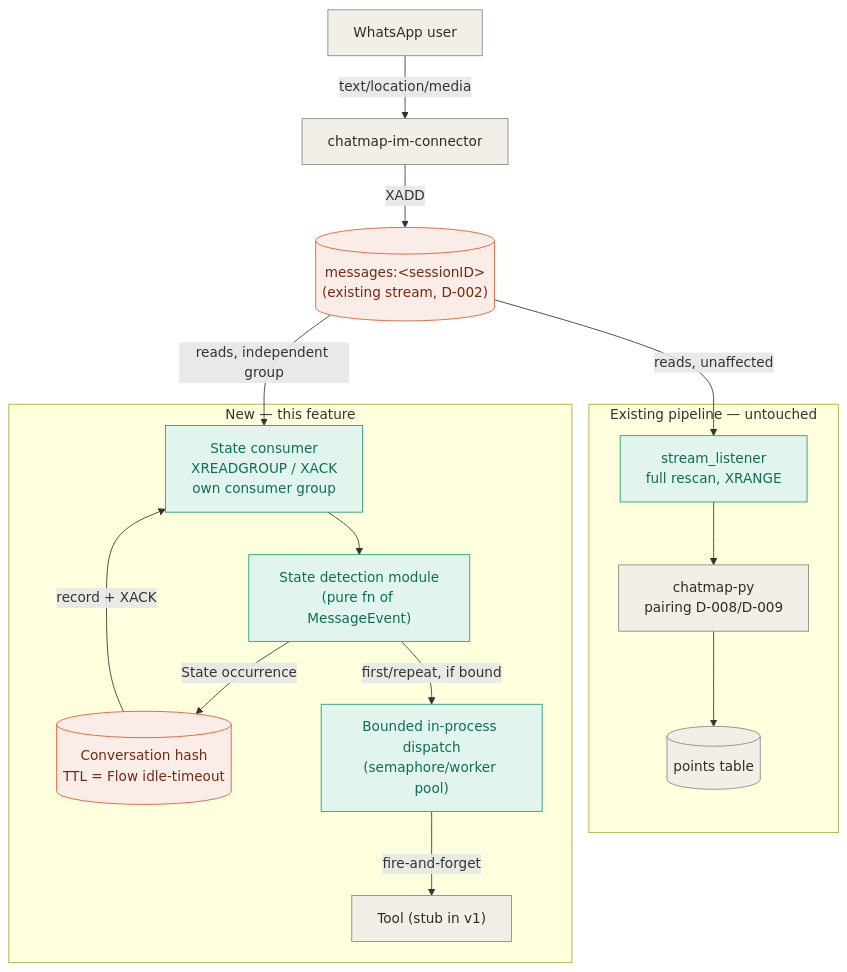
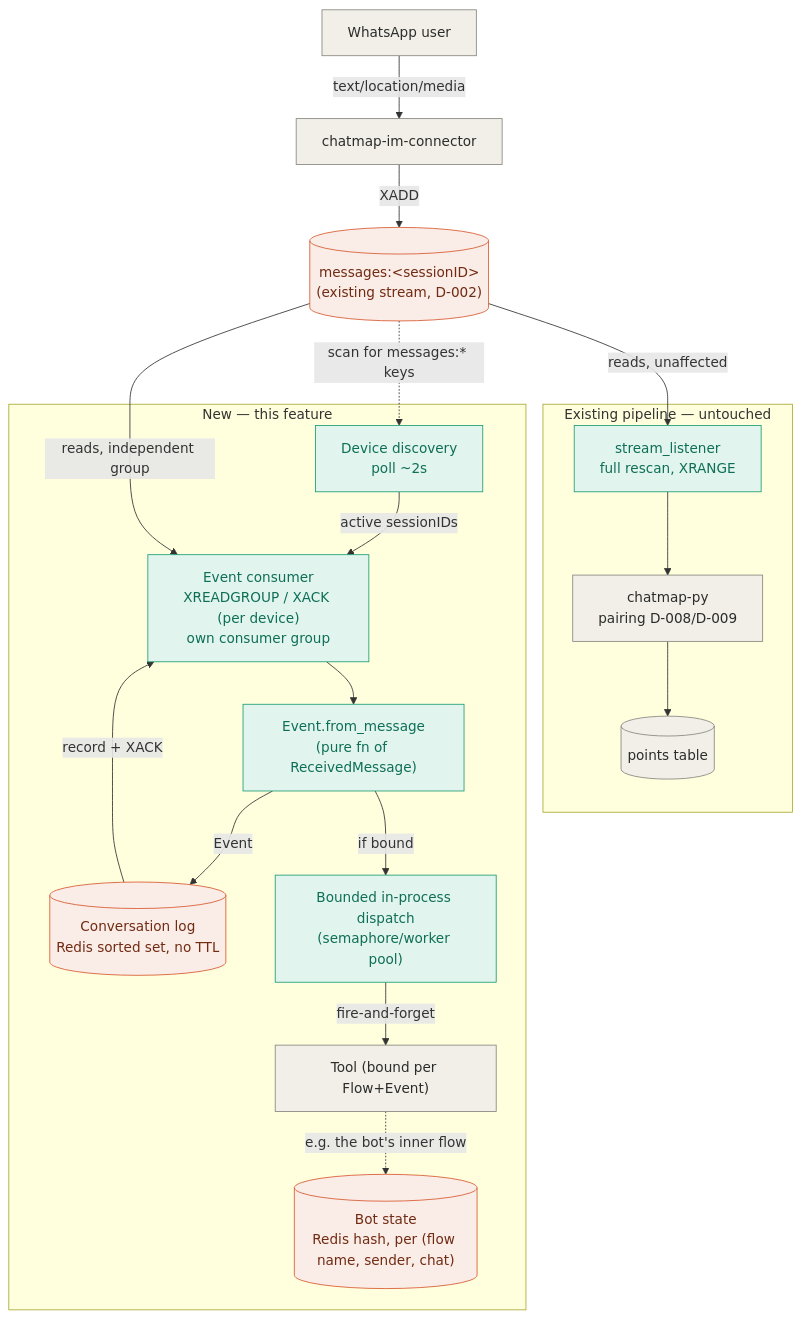
One commit to hotosm/chatmap changed the diagram in docs/how-it-works/conversation_engine.md. Above: the diagram before and after it, drawn with Mermaid. The commit also changed other lines of this file and 44 other files, not shown here.

````diff
--- a/docs/how-it-works/conversation_engine.md
+++ b/docs/how-it-works/conversation_engine.md
@@ -64,38 +107,43 @@
 ```mermaid
 flowchart TD
     whatsapp["WhatsApp user"]
     connector["chatmap-im-connector"]
     stream[("messages:&lt;sessionID&gt;<br/>(existing stream, D-002)")]
 
     subgraph existing["Existing pipeline — untouched"]
         oldconsumer["stream_listener<br/>full rescan, XRANGE"]
         chatmappy["chatmap-py<br/>pairing D-008/D-009"]
         postgres[("points table")]
     end
 
     subgraph new["New — this feature"]
-        stateconsumer["State consumer<br/>XREADGROUP / XACK<br/>own consumer group"]
-        detect["State detection module<br/>(pure fn of MessageEvent)"]
-        convhash[("Conversation hash<br/>TTL = Flow idle-timeout")]
+        devices["Device discovery<br/>poll ~2s"]
+        stateconsumer["Event consumer<br/>XREADGROUP / XACK (per device)<br/>own consumer group"]
+        detect["Event.from_message<br/>(pure fn of ReceivedMessage)"]
+        convhash[("Conversation log<br/>Redis sorted set, no TTL")]
         bound["Bounded in-process dispatch<br/>(semaphore/worker pool)"]
-        tool["Tool (stub in v1)"]
+        tool["Tool (bound per Flow+Event)"]
+        botstate[("Bot state<br/>Redis hash, per (flow name, sender, chat)")]
     end
 
     whatsapp -->|text/location/media| connector
     connector -->|XADD| stream
     stream -->|reads, unaffected| oldconsumer
     oldconsumer --> chatmappy --> postgres
+    stream -.->|scan for messages:* keys| devices
+    devices -->|active sessionIDs| stateconsumer
     stream -->|reads, independent group| stateconsumer
     stateconsumer --> detect
-    detect -->|State occurrence| convhash
+    detect -->|Event| convhash
     convhash -->|record + XACK| stateconsumer
-    detect -->|first/repeat, if bound| bound
+    detect -->|if bound| bound
     bound -->|fire-and-forget| tool
+    tool -.->|e.g. the bot's inner flow| botstate
 
     classDef redis fill:#FAECE7,stroke:#D85A30,color:#712B13;
     classDef consumer fill:#E1F5EE,stroke:#1D9E75,color:#0F6E56;
     classDef ext fill:#F1EFE8,stroke:#888780,color:#2C2C2A;
-    class stream,convhash redis
-    class stateconsumer,oldconsumer,detect,bound consumer
+    class stream,convhash,botstate redis
+    class stateconsumer,oldconsumer,detect,bound,devices consumer
     class whatsapp,connector,chatmappy,postgres,tool ext
 ```
````
